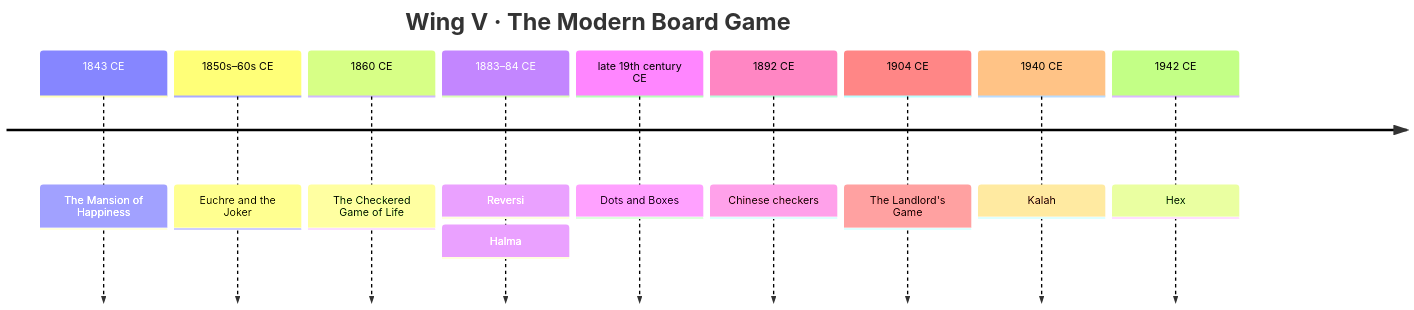
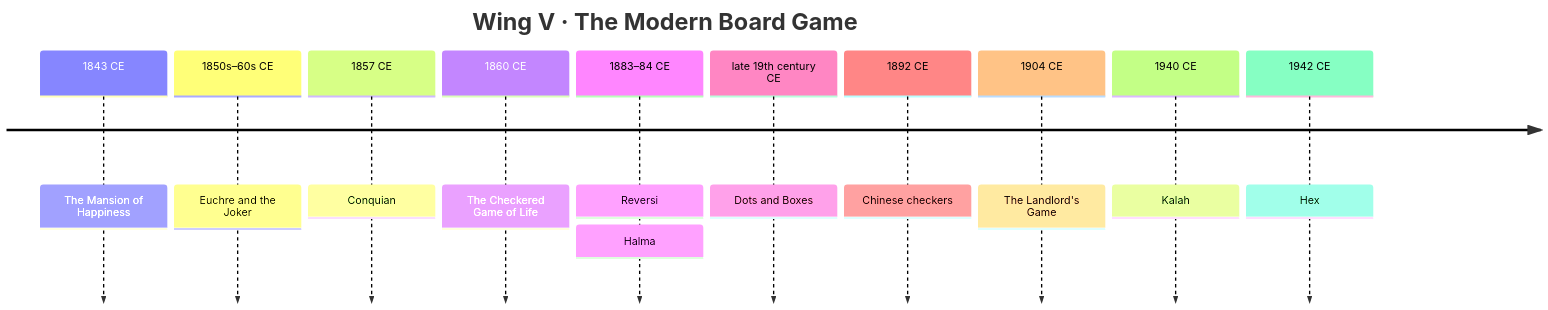
The seventh of 8 diagrams in docs/exhibits.md (CptNope/Librarium-Archives), drawn with Mermaid before and after one commit. The commit also changed other lines of this file and 47 other files, not shown here.

````diff
--- a/docs/exhibits.md
+++ b/docs/exhibits.md
@@ -208,13 +217,14 @@
 ```mermaid
 timeline
     title Wing V · The Modern Board Game
     1843 CE : The Mansion of Happiness
     1850s–60s CE : Euchre and the Joker
+    1857 CE : Conquian
     1860 CE : The Checkered Game of Life
     1883–84 CE : Reversi : Halma
     late 19th century CE : Dots and Boxes
     1892 CE : Chinese checkers
     1904 CE : The Landlord's Game
     1940 CE : Kalah
     1942 CE : Hex
 ```
````
